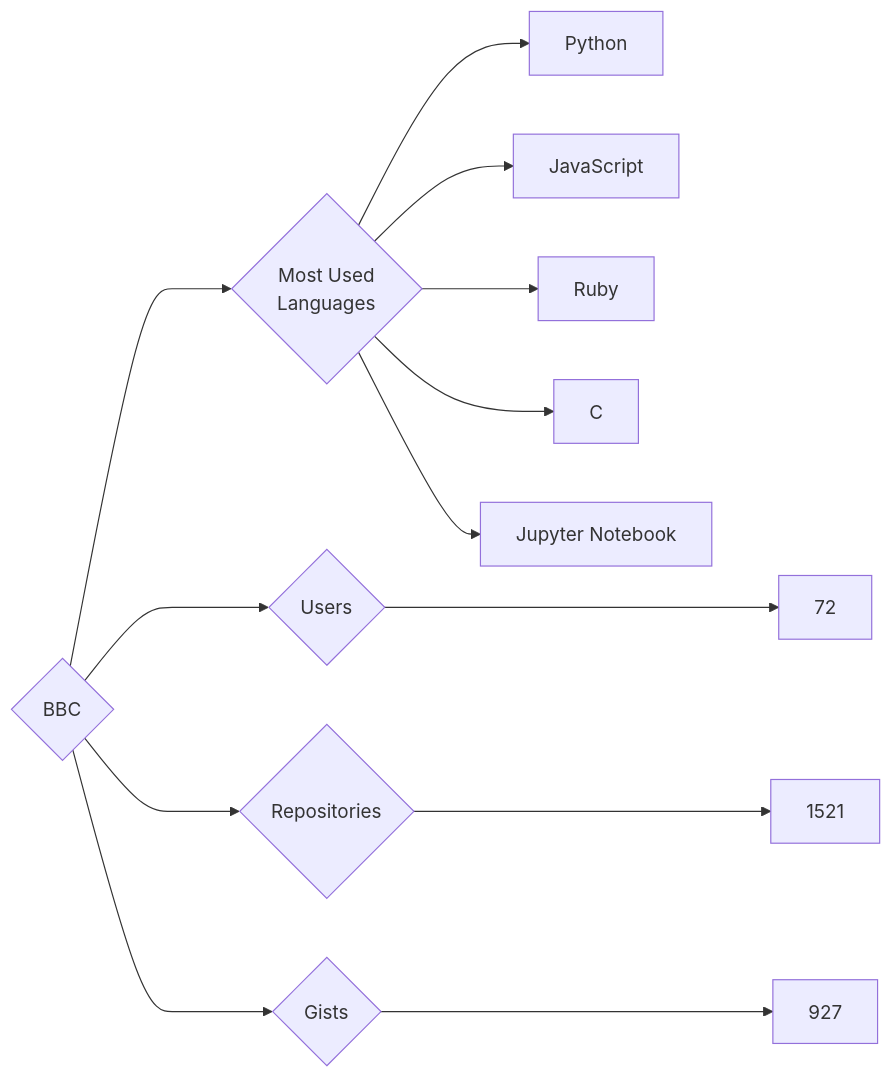
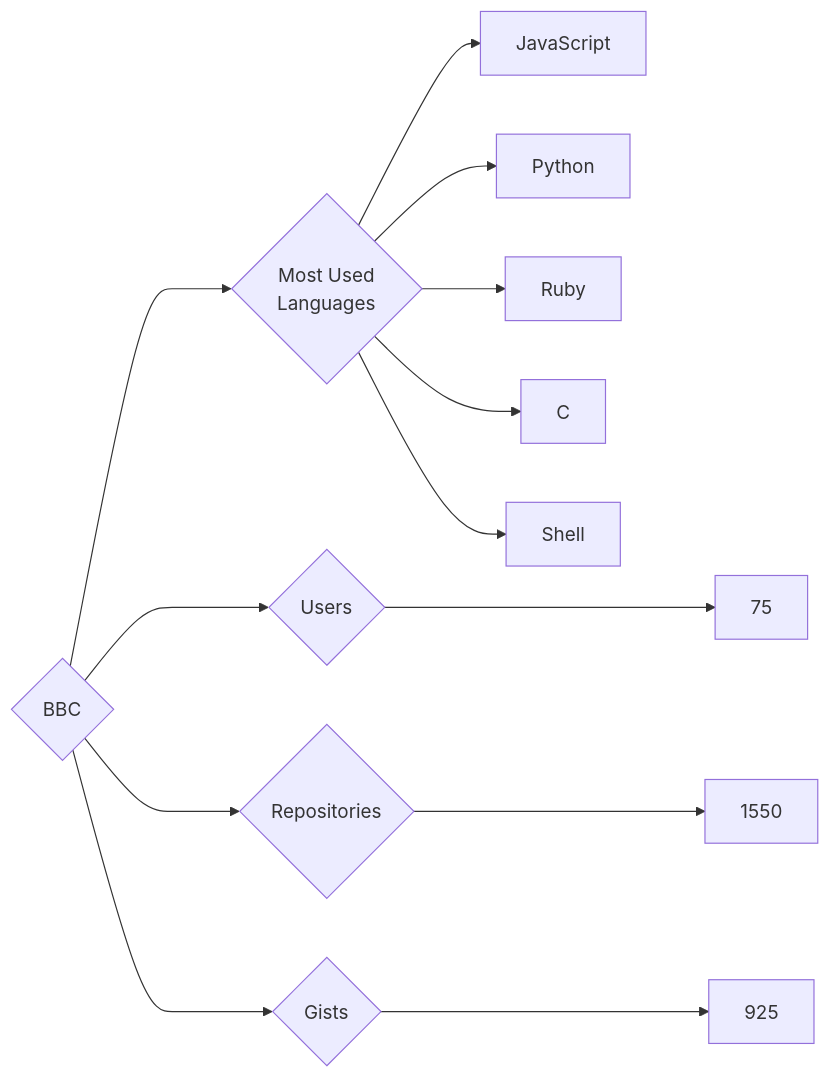
One commit to trickest/insiders changed the diagram in targets/BBC/README.md. Above: the diagram before and after it, drawn with Mermaid. The commit also changed 682 other files, not shown here.

````diff
--- a/targets/BBC/README.md
+++ b/targets/BBC/README.md
@@ -3,13 +3,13 @@
 ```mermaid
 graph LR
 COMPANY_NAME{BBC}
-COMPANY_NAME ---> U{Users} ---> UN[72]
-COMPANY_NAME ---> R{Repositories} ---> RN[1521]
-COMPANY_NAME ---> G{Gists} ---> GN[927]
+COMPANY_NAME ---> U{Users} ---> UN[75]
+COMPANY_NAME ---> R{Repositories} ---> RN[1550]
+COMPANY_NAME ---> G{Gists} ---> GN[925]
 COMPANY_NAME ---> ML{Most Used<br>Languages}
+ML --> JavaScript[JavaScript]
 ML --> Python[Python]
-ML --> JavaScript[JavaScript]
 ML --> Ruby[Ruby]
 ML --> C[C]
-ML --> Jupyter_Notebook[Jupyter Notebook]
+ML --> Shell[Shell]
 ```
````
